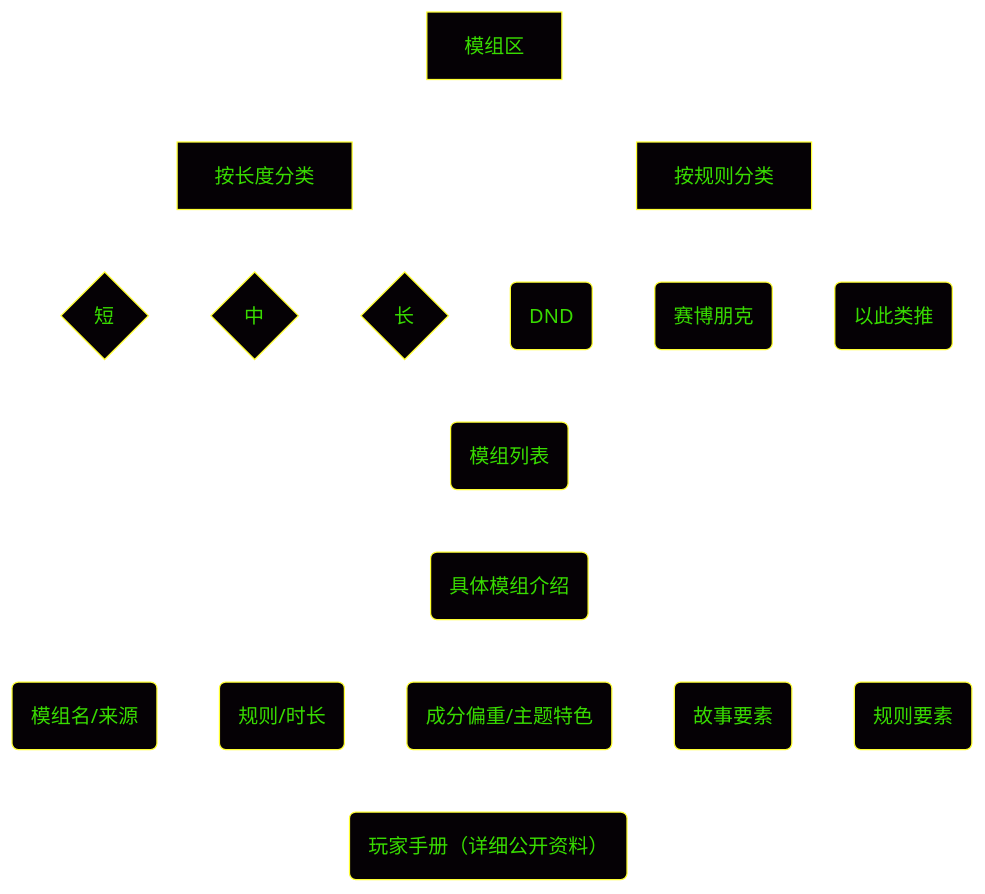
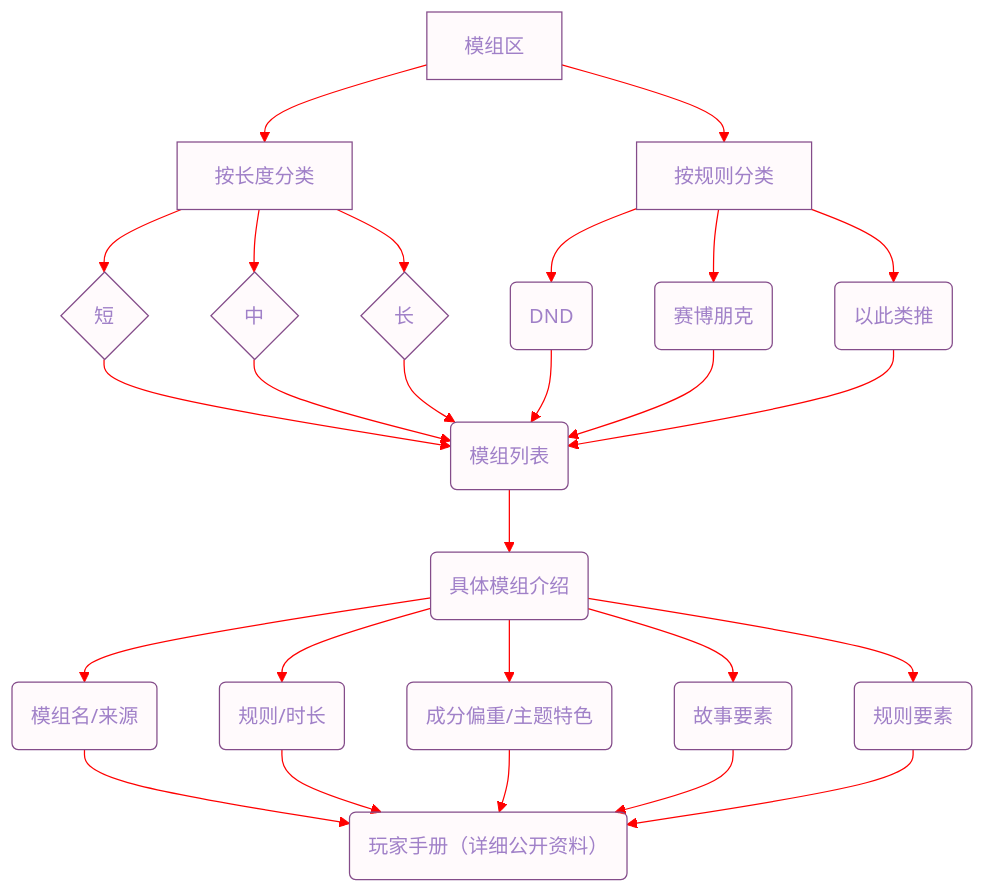
One commit to ShinKan42/TTRPG changed the second of 2 diagrams in Vue-Press-Plume/docs/hotline/help.md. Above: the diagram before and after it, drawn with Mermaid. The commit also changed other lines of this file and 6 other files, not shown here.

````diff
--- a/Vue-Press-Plume/docs/hotline/help.md
+++ b/Vue-Press-Plume/docs/hotline/help.md
@@ -132,32 +131,31 @@
 ```mermaid
 
 %%{
   init: {
     'theme': 'base',
     'themeVariables': {
       'fontFamily': 'verdana',
-      'primaryColor': 'rgba(5, 1, 5, 1)',
-      'primaryTextColor': 'rgba(65, 255, 0, 0.86)',
-      'primaryBorderColor': 'rgba(255, 255, 51, 1)',
-      'lineColor': 'rgba(255, 255, 255, 1)',
-      'secondaryColor': 'rgba(5, 1, 5, 1)',
-      'secondaryBorderColor': 'rgba(255, 255, 51, 1)',
-      'secondaryTextColor':'rgba(65, 255, 0, 0.86)',
-      'tertiaryColor': 'rgba(5, 1, 5, 1)',
-      'tertiaryBorderColor': 'rgba(255, 255, 51, 1)',
-      'tertiaryTextColor':'rgba(65, 255, 0, 0.86)',
-      'noteBkgColor': 'rgba(5, 1, 5, 1)',
-      'noteTextColor': 'rgba(65, 255, 0, 0.86)',
-      'noteBorderColor': 'rgba(255, 255, 51, 1)',
-      'textColor': 'rgba(65, 255, 0, 0.86)',
-      'mainBkg': 'rgba(5, 1, 5, 1)'
+      'mainBkg': 'rgba(255, 230, 240, 0.2)',
+      'textColor': 'rgba(255, 230, 240, 1)',
+      'primaryColor': 'rgba(160, 128, 200, 1)',
+      'primaryTextColor': 'rgba(160, 128, 200, 1)',
+      'primaryBorderColor': 'rgba(132, 76, 138, 1)',
+      'lineColor': 'rgba(255, 0, 0, 1)',
+      'secondaryColor': 'rgba(160, 160, 160, 0)',
+      'secondaryBorderColor': 'rgba(240, 40, 60, 1)',
+      'secondaryTextColor':'rgba(240, 40, 60, 1)',
+      'tertiaryColor': 'rgba(20, 14, 26, 1)',
+      'tertiaryBorderColor': 'rgba(132, 76, 138, 1)',
+      'noteBkgColor': 'rgba(255, 230, 240, 0.2)',
+      'noteTextColor': 'rgba(160, 128, 200, 1)',
+      'noteBorderColor': 'rgba(255, 77, 109, 1)'
     }
   }
 }%%
 
 flowchart TD
     A1[模组区] --> B1[按长度分类] --> C1{短} & C2{中} & C3{长} -->D1(模组列表)
     A1 --> B2[按规则分类] --> C4(DND) & C5(赛博朋克) & C6(以此类推) --> D1
     D1 --> D2(具体模组介绍) --> E1(模组名/来源) & E2(规则/时长) & E3(成分偏重/主题特色) & E4(故事要素) & E5(规则要素) -->F1(玩家手册（详细公开资料）)
 
 ```
````
